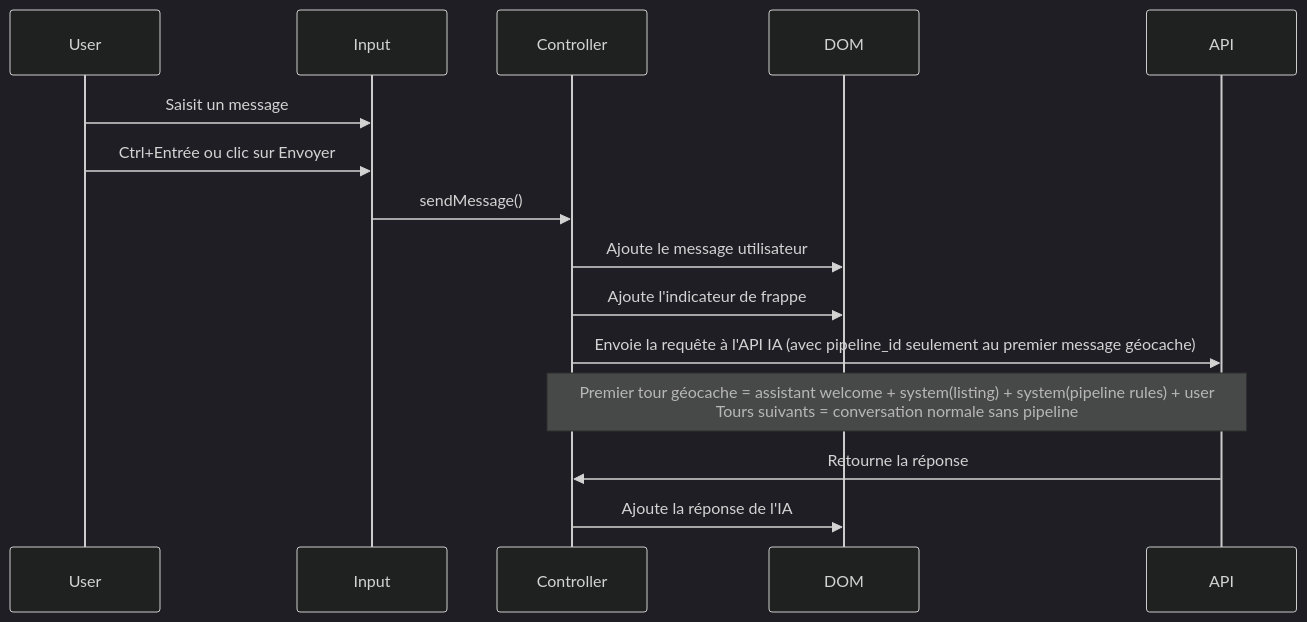
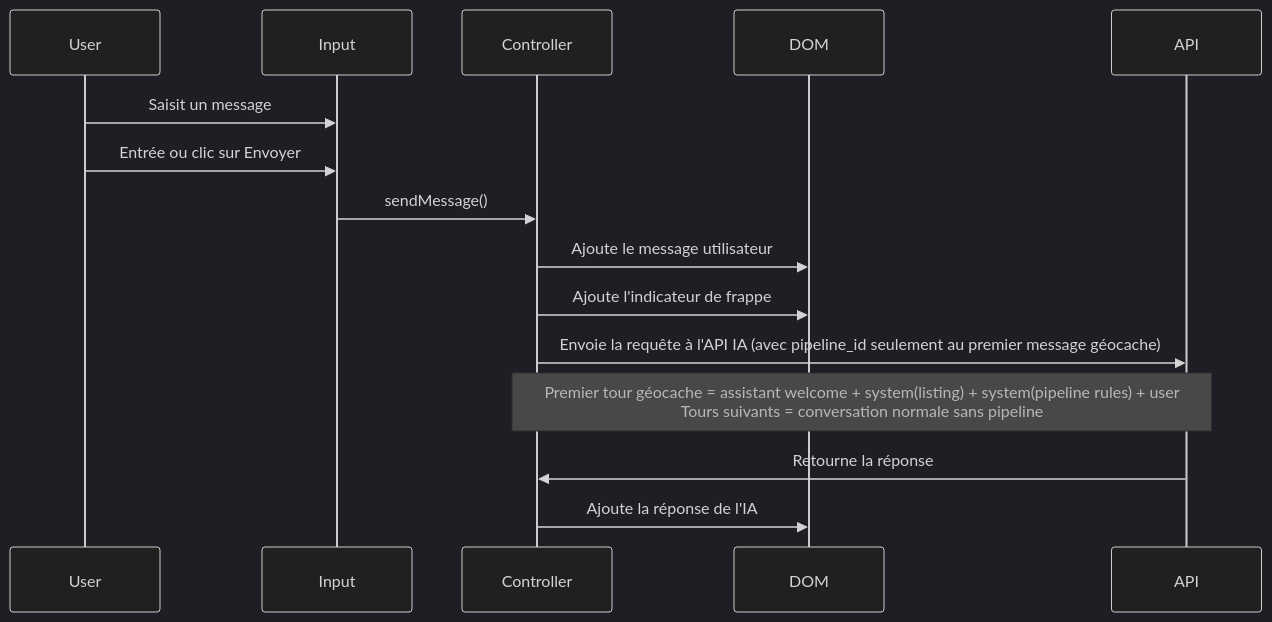
The third of 5 diagrams in docs/panel_ia.md (TherionAcribus/MysterAI), drawn with Mermaid (dark theme) before and after one commit. The commit also changed other lines of this file and 1 other file, not shown here.

````diff
--- a/docs/panel_ia.md
+++ b/docs/panel_ia.md
@@ -294,18 +296,18 @@
 ```mermaid
 sequenceDiagram
     participant User
     participant Input
     participant Controller
     participant DOM
     participant API
 
     User->>Input: Saisit un message
-    User->>Input: Ctrl+Entrée ou clic sur Envoyer
+    User->>Input: Entrée ou clic sur Envoyer
     Input->>Controller: sendMessage()
     Controller->>DOM: Ajoute le message utilisateur
     Controller->>DOM: Ajoute l'indicateur de frappe
     Controller->>API: Envoie la requête à l'API IA (avec pipeline_id seulement au premier message géocache)
     Note over Controller,API: Premier tour géocache = assistant welcome + system(listing) + system(pipeline rules) + user<br/>Tours suivants = conversation normale sans pipeline
     API->>Controller: Retourne la réponse
     Controller->>DOM: Ajoute la réponse de l'IA
 ```
````
